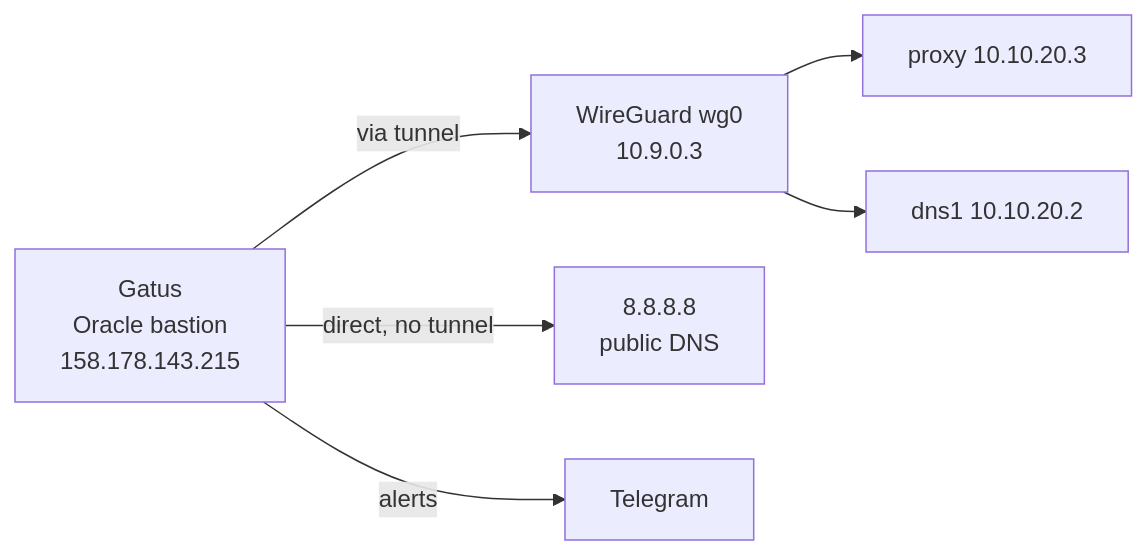
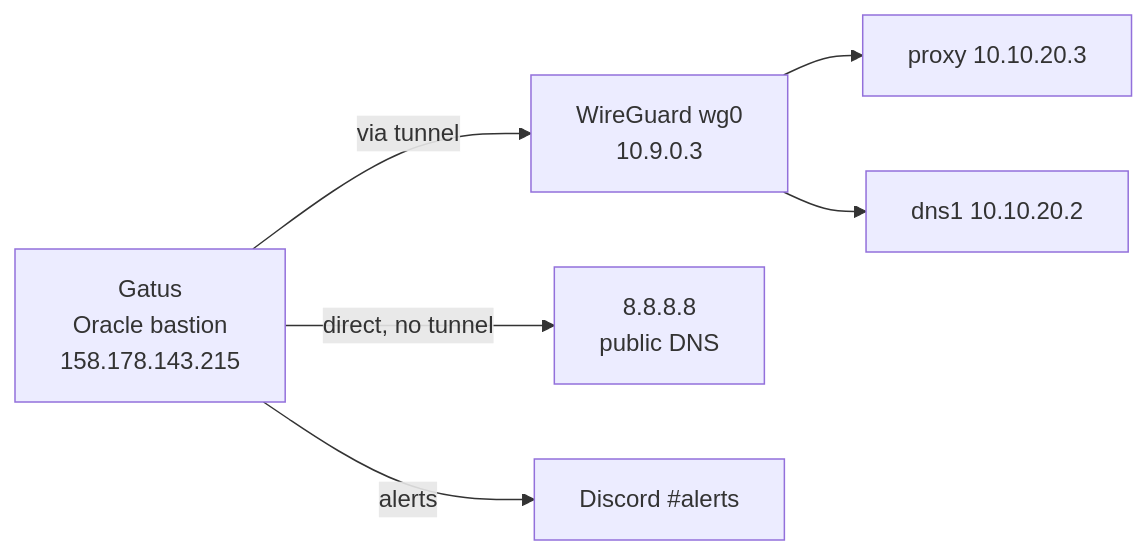
The diagram in docs/external-monitoring.md (ahmedbaig/Proxmox), drawn with Mermaid before and after one commit. The commit also changed other lines of this file and 20 other files, not shown here.

````diff
--- a/docs/external-monitoring.md
+++ b/docs/external-monitoring.md
@@ -7,15 +7,15 @@
 ```mermaid
 graph LR
     G["Gatus<br/>Oracle bastion<br/>158.178.143.215"]
     WG["WireGuard wg0<br/>10.9.0.3"]
     P["proxy 10.10.20.3"]
     D["dns1 10.10.20.2"]
     PUB["8.8.8.8<br/>public DNS"]
-    T["Telegram"]
+    T["Discord #alerts"]
 
     G -->|"via tunnel"| WG
     WG --> P
     WG --> D
     G -->|"direct, no tunnel"| PUB
     G -->|alerts| T
 ```
````
